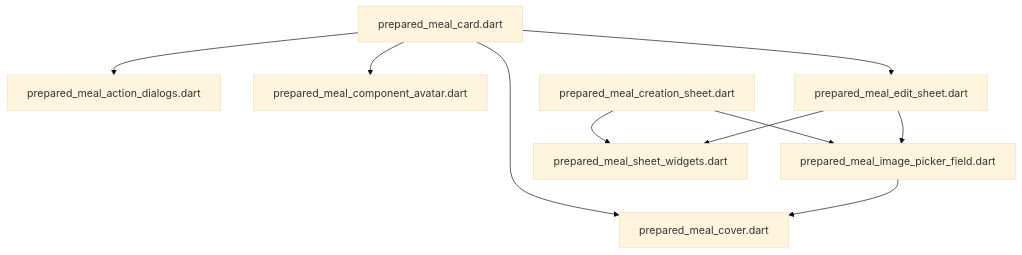
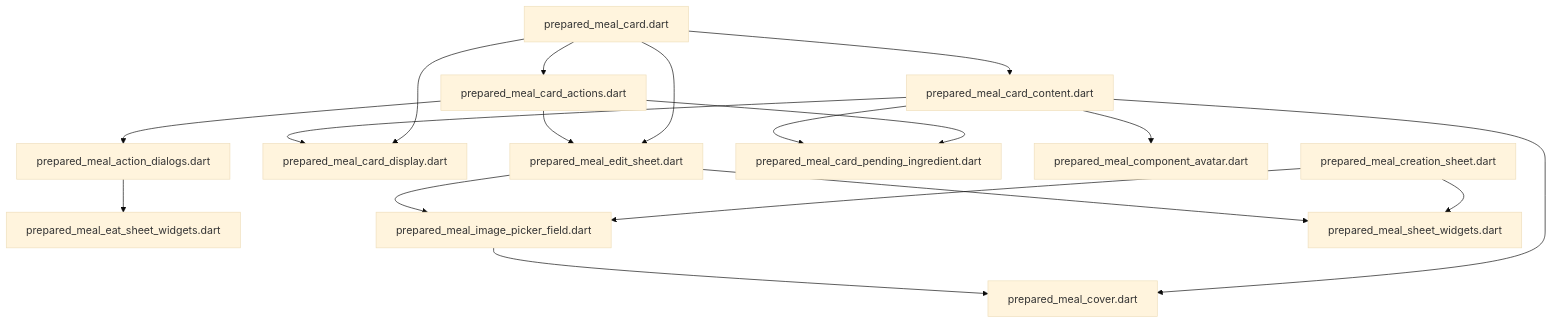
Before and after one commit to repinw/yamt: the diagram in lib/features/inventory/presentation/widgets/prepared_meals/DEPS.md, drawn with Mermaid (base theme). The commit also changed 275 other files, not shown here.

Commit message:
ref(inventory): architecture fixed

````diff
--- a/lib/features/inventory/presentation/widgets/prepared_meals/DEPS.md
+++ b/lib/features/inventory/presentation/widgets/prepared_meals/DEPS.md
@@ -6,12 +6,20 @@
 ```mermaid
 flowchart TD;
-prepared_meal_card.dart-->prepared_meal_action_dialogs.dart;
-prepared_meal_card.dart-->prepared_meal_component_avatar.dart;
-prepared_meal_card.dart-->prepared_meal_cover.dart;
+prepared_meal_action_dialogs.dart-->prepared_meal_eat_sheet_widgets.dart;
+prepared_meal_card.dart-->prepared_meal_card_actions.dart;
+prepared_meal_card.dart-->prepared_meal_card_content.dart;
+prepared_meal_card.dart-->prepared_meal_card_display.dart;
 prepared_meal_card.dart-->prepared_meal_edit_sheet.dart;
+prepared_meal_card_actions.dart-->prepared_meal_action_dialogs.dart;
+prepared_meal_card_actions.dart-->prepared_meal_card_pending_ingredient.dart;
+prepared_meal_card_actions.dart-->prepared_meal_edit_sheet.dart;
+prepared_meal_card_content.dart-->prepared_meal_card_display.dart;
+prepared_meal_card_content.dart-->prepared_meal_card_pending_ingredient.dart;
+prepared_meal_card_content.dart-->prepared_meal_component_avatar.dart;
+prepared_meal_card_content.dart-->prepared_meal_cover.dart;
 prepared_meal_creation_sheet.dart-->prepared_meal_image_picker_field.dart;
 prepared_meal_creation_sheet.dart-->prepared_meal_sheet_widgets.dart;
 prepared_meal_edit_sheet.dart-->prepared_meal_image_picker_field.dart;
 prepared_meal_edit_sheet.dart-->prepared_meal_sheet_widgets.dart;
 prepared_meal_image_picker_field.dart-->prepared_meal_cover.dart;
 ```
````
